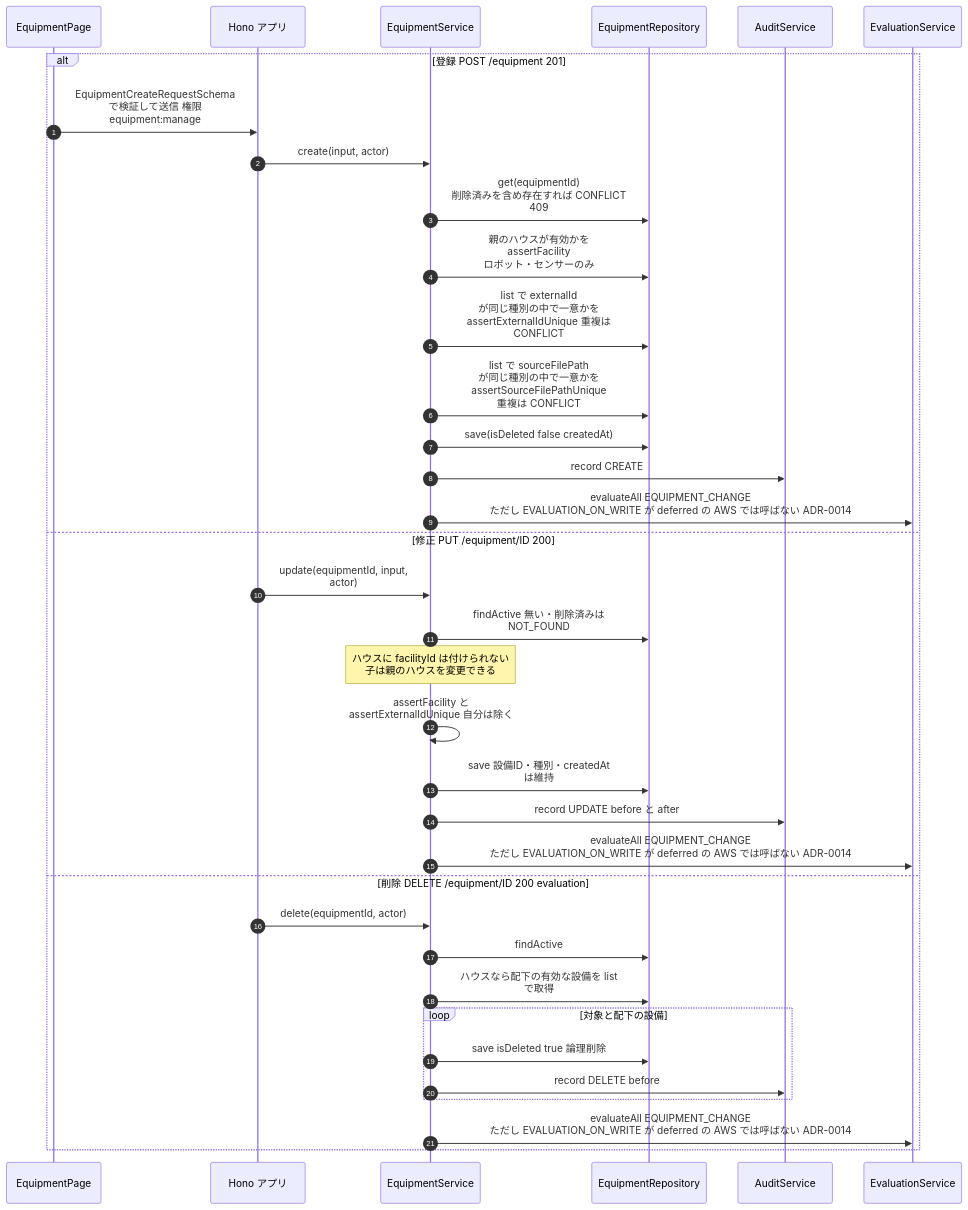
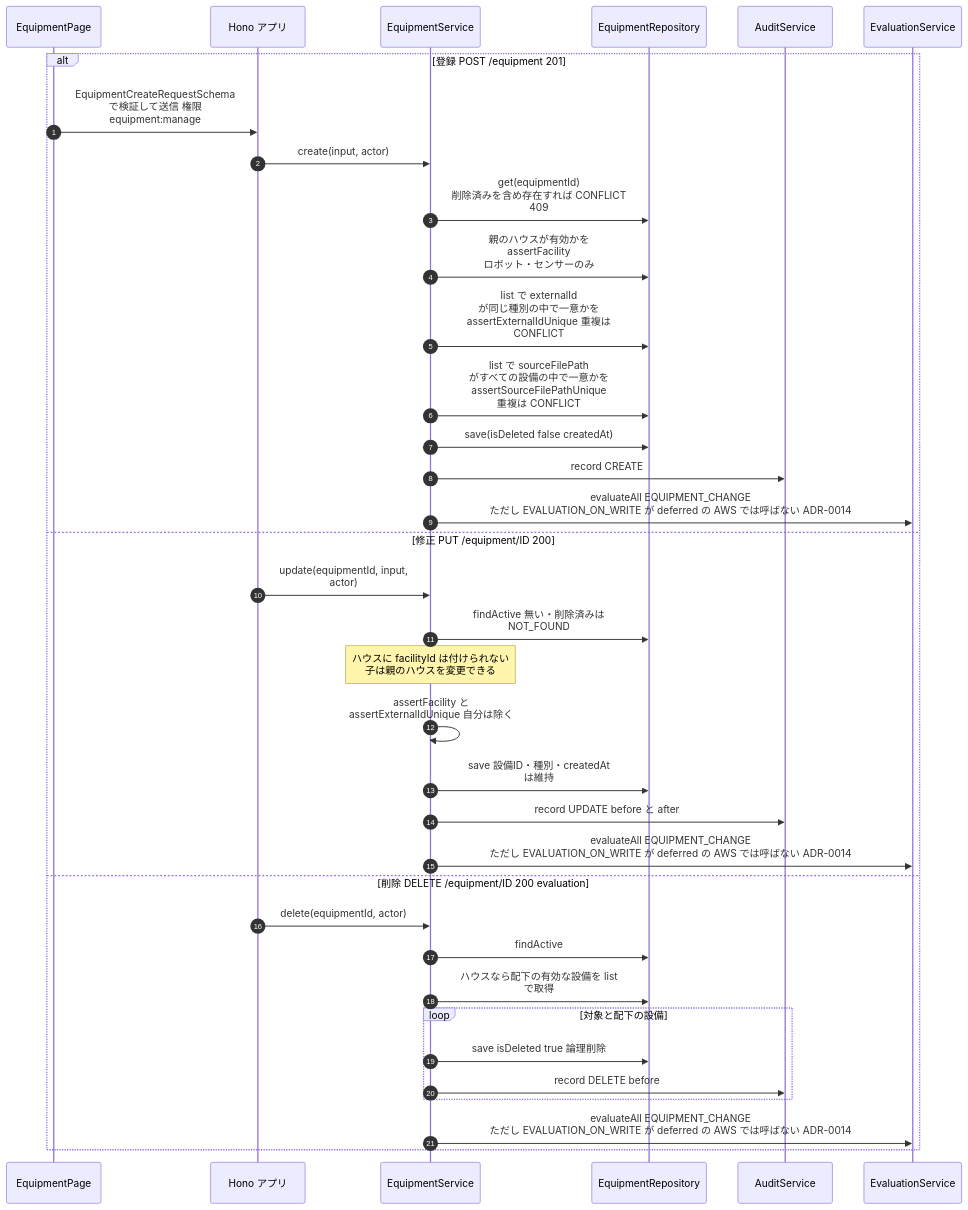
Diagram 17 of 47 in docs/10_design/architecture/as-built.md (NS-APU/smart-farm-monitoring), drawn with Mermaid before and after one commit. The commit also changed other lines of this file and 13 other files, not shown here.

````diff
--- a/docs/10_design/architecture/as-built.md
+++ b/docs/10_design/architecture/as-built.md
@@ -1422,39 +1422,39 @@
 ```mermaid
 sequenceDiagram
   autonumber
   participant PG as EquipmentPage
   participant APP as Hono アプリ
   participant ES as EquipmentService
   participant REP as EquipmentRepository
   participant AU as AuditService
   participant EV as EvaluationService
 
   alt 登録 POST /equipment 201
     PG->>APP: EquipmentCreateRequestSchema<br>で検証して送信 権限<br>equipment:manage
     APP->>ES: create(input, actor)
     ES->>REP: get(equipmentId)<br>削除済みを含め存在すれば CONFLICT<br>409
     ES->>REP: 親のハウスが有効かを<br>assertFacility<br>ロボット・センサーのみ
     ES->>REP: list で externalId<br>が同じ種別の中で一意かを<br>assertExternalIdUnique 重複は<br>CONFLICT
-    ES->>REP: list で sourceFilePath<br>が同じ種別の中で一意かを<br>assertSourceFilePathUnique<br>重複は CONFLICT
+    ES->>REP: list で sourceFilePath<br>がすべての設備の中で一意かを<br>assertSourceFilePathUnique<br>重複は CONFLICT
     ES->>REP: save(isDeleted false createdAt)
     ES->>AU: record CREATE
     ES->>EV: evaluateAll EQUIPMENT_CHANGE<br>ただし EVALUATION_ON_WRITE が deferred の AWS では呼ばない ADR-0014
   else 修正 PUT /equipment/ID 200
     APP->>ES: update(equipmentId, input,<br>actor)
     ES->>REP: findActive 無い・削除済みは<br>NOT_FOUND
     Note over ES: ハウスに facilityId は付けられない<br>子は親のハウスを変更できる
     ES->>ES: assertFacility と<br>assertExternalIdUnique 自分は除く
     ES->>REP: save 設備ID・種別・createdAt<br>は維持
     ES->>AU: record UPDATE before と after
     ES->>EV: evaluateAll EQUIPMENT_CHANGE<br>ただし EVALUATION_ON_WRITE が deferred の AWS では呼ばない ADR-0014
   else 削除 DELETE /equipment/ID 200 evaluation
     APP->>ES: delete(equipmentId, actor)
     ES->>REP: findActive
     ES->>REP: ハウスなら配下の有効な設備を list<br>で取得
     loop 対象と配下の設備
       ES->>REP: save isDeleted true 論理削除
       ES->>AU: record DELETE before
     end
     ES->>EV: evaluateAll EQUIPMENT_CHANGE<br>ただし EVALUATION_ON_WRITE が deferred の AWS では呼ばない ADR-0014
   end
 ```
````
